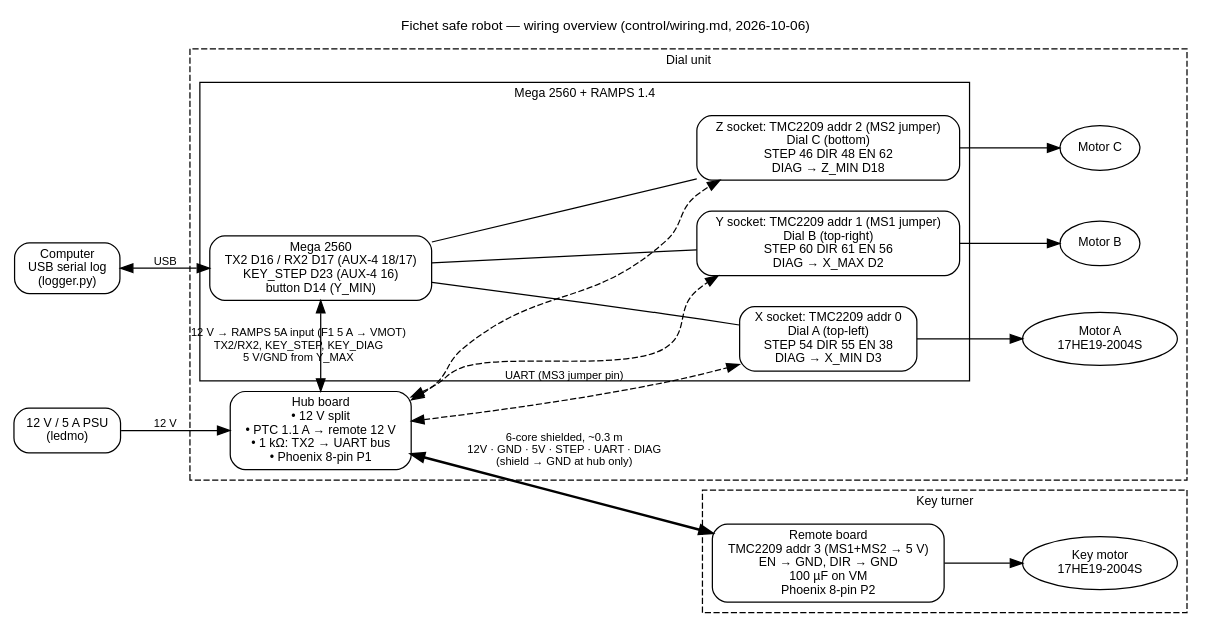
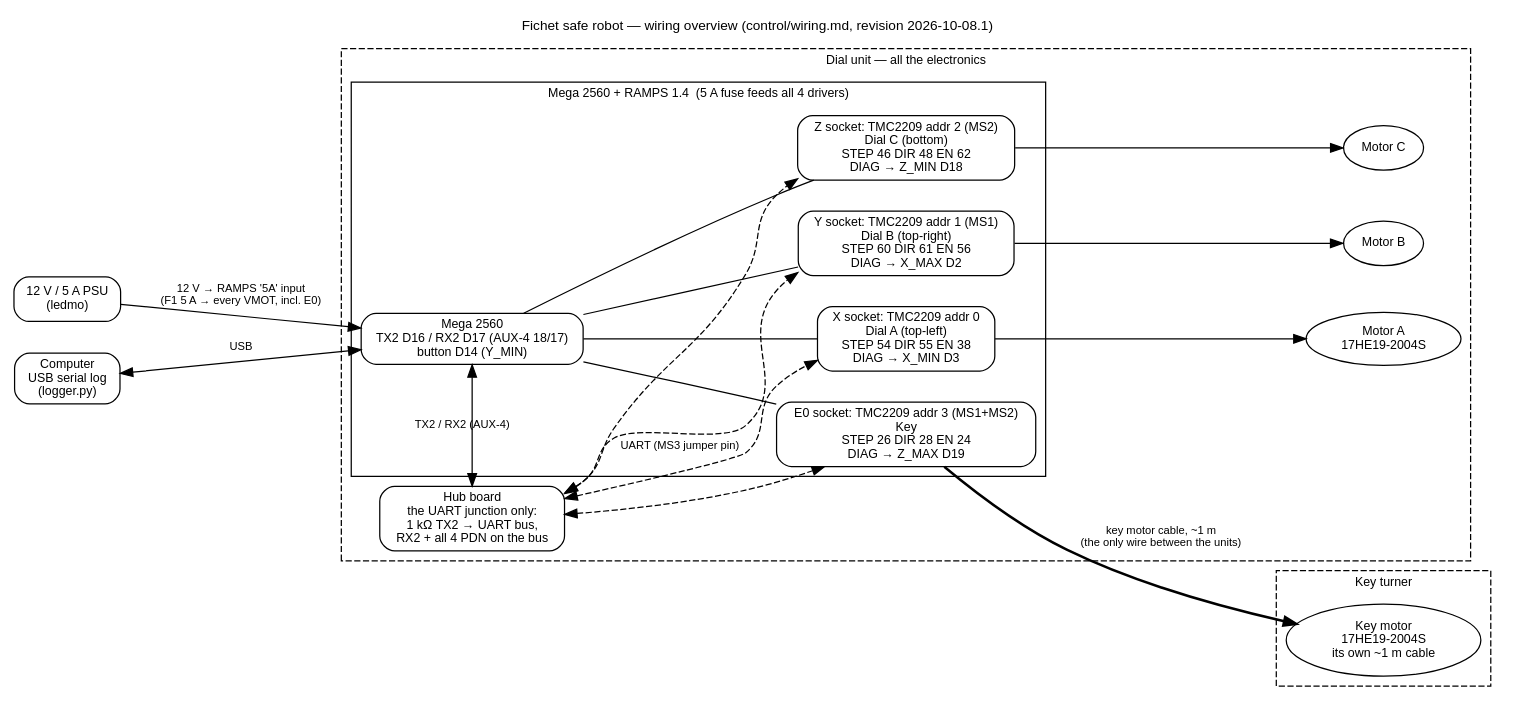
The diagram in control/harness/overview.dot (paulforrester/fichet-safe-robot), drawn with Graphviz before and after one commit. The commit also changed 33 other files, not shown here.

```diff
--- a/control/harness/overview.dot
+++ b/control/harness/overview.dot
@@ -1,42 +1,43 @@
 // System overview for the Fichet safe robot wiring — see control/wiring.md.
 // Render: dot -Tsvg control/harness/overview.dot -o control/harness/overview.svg
+// Project revision 2026-10-08.1: all four drivers on the RAMPS (key in E0).
 digraph overview {
-  graph [rankdir=LR, fontname="Helvetica", fontsize=11, nodesep=0.35, ranksep=0.7, label="Fichet safe robot — wiring overview (control/wiring.md, 2026-10-06)", labelloc=t];
+  graph [rankdir=LR, fontname="Helvetica", fontsize=11, nodesep=0.35, ranksep=0.7, label="Fichet safe robot — wiring overview (control/wiring.md, revision 2026-10-08.1)", labelloc=t];
   node  [shape=box, style="rounded", fontname="Helvetica", fontsize=10];
   edge  [fontname="Helvetica", fontsize=9];
 
   psu  [label="12 V / 5 A PSU\n(ledmo)"];
   usb  [label="Computer\nUSB serial log\n(logger.py)"];
 
   subgraph cluster_dial {
-    label="Dial unit"; style=dashed; fontsize=10;
-    hub  [label="Hub board\n• 12 V split\n• PTC 1.1 A → remote 12 V\n• 1 kΩ: TX2 → UART bus\n• Phoenix 8-pin P1"];
+    label="Dial unit — all the electronics"; style=dashed; fontsize=10;
+    hub  [label="Hub board\nthe UART junction only:\n1 kΩ TX2 → UART bus,\nRX2 + all 4 PDN on the bus"];
     subgraph cluster_ramps {
-      label="Mega 2560 + RAMPS 1.4"; style=solid; fontsize=10;
-      mega [label="Mega 2560\nTX2 D16 / RX2 D17 (AUX-4 18/17)\nKEY_STEP D23 (AUX-4 16)\nbutton D14 (Y_MIN)"];
+      label="Mega 2560 + RAMPS 1.4  (5 A fuse feeds all 4 drivers)"; style=solid; fontsize=10;
+      mega [label="Mega 2560\nTX2 D16 / RX2 D17 (AUX-4 18/17)\nbutton D14 (Y_MIN)"];
       x    [label="X socket: TMC2209 addr 0\nDial A (top-left)\nSTEP 54 DIR 55 EN 38\nDIAG → X_MIN D3"];
-      y    [label="Y socket: TMC2209 addr 1 (MS1 jumper)\nDial B (top-right)\nSTEP 60 DIR 61 EN 56\nDIAG → X_MAX D2"];
-      z    [label="Z socket: TMC2209 addr 2 (MS2 jumper)\nDial C (bottom)\nSTEP 46 DIR 48 EN 62\nDIAG → Z_MIN D18"];
+      y    [label="Y socket: TMC2209 addr 1 (MS1)\nDial B (top-right)\nSTEP 60 DIR 61 EN 56\nDIAG → X_MAX D2"];
+      z    [label="Z socket: TMC2209 addr 2 (MS2)\nDial C (bottom)\nSTEP 46 DIR 48 EN 62\nDIAG → Z_MIN D18"];
+      e0   [label="E0 socket: TMC2209 addr 3 (MS1+MS2)\nKey\nSTEP 26 DIR 28 EN 24\nDIAG → Z_MAX D19"];
     }
     ma [label="Motor A\n17HE19-2004S", shape=ellipse];
     mb [label="Motor B", shape=ellipse];
     mc [label="Motor C", shape=ellipse];
   }
 
   subgraph cluster_key {
     label="Key turner"; style=dashed; fontsize=10;
-    rem [label="Remote board\nTMC2209 addr 3 (MS1+MS2 → 5 V)\nEN → GND, DIR → GND\n100 µF on VM\nPhoenix 8-pin P2"];
-    mk  [label="Key motor\n17HE19-2004S", shape=ellipse];
+    mk  [label="Key motor\n17HE19-2004S\nits own ~1 m cable", shape=ellipse];
   }
 
-  psu -> hub [label="12 V"];
+  psu -> mega [label="12 V → RAMPS '5A' input\n(F1 5 A → every VMOT, incl. E0)"];
   usb -> mega [dir=both, label="USB"];
-  mega -> x [arrowhead=none]; mega -> y [arrowhead=none]; mega -> z [arrowhead=none];
+  mega -> x [arrowhead=none]; mega -> y [arrowhead=none]; mega -> z [arrowhead=none]; mega -> e0 [arrowhead=none];
   x -> ma; y -> mb; z -> mc;
+  e0 -> mk [penwidth=2, label="key motor cable, ~1 m\n(the only wire between the units)"];
   hub -> x [dir=both, style=dashed, label="UART (MS3 jumper pin)"];
   hub -> y [dir=both, style=dashed];
   hub -> z [dir=both, style=dashed];
-  mega -> hub [dir=both, label="12 V → RAMPS 5A input (F1 5 A → VMOT)\nTX2/RX2, KEY_STEP, KEY_DIAG\n5 V/GND from Y_MAX"];
-  hub -> rem [dir=both, penwidth=2, label="6-core shielded, ~0.3 m\n12V · GND · 5V · STEP · UART · DIAG\n(shield → GND at hub only)"];
-  rem -> mk;
+  hub -> e0 [dir=both, style=dashed];
+  mega -> hub [dir=both, label="TX2 / RX2 (AUX-4)"];
 }
```
